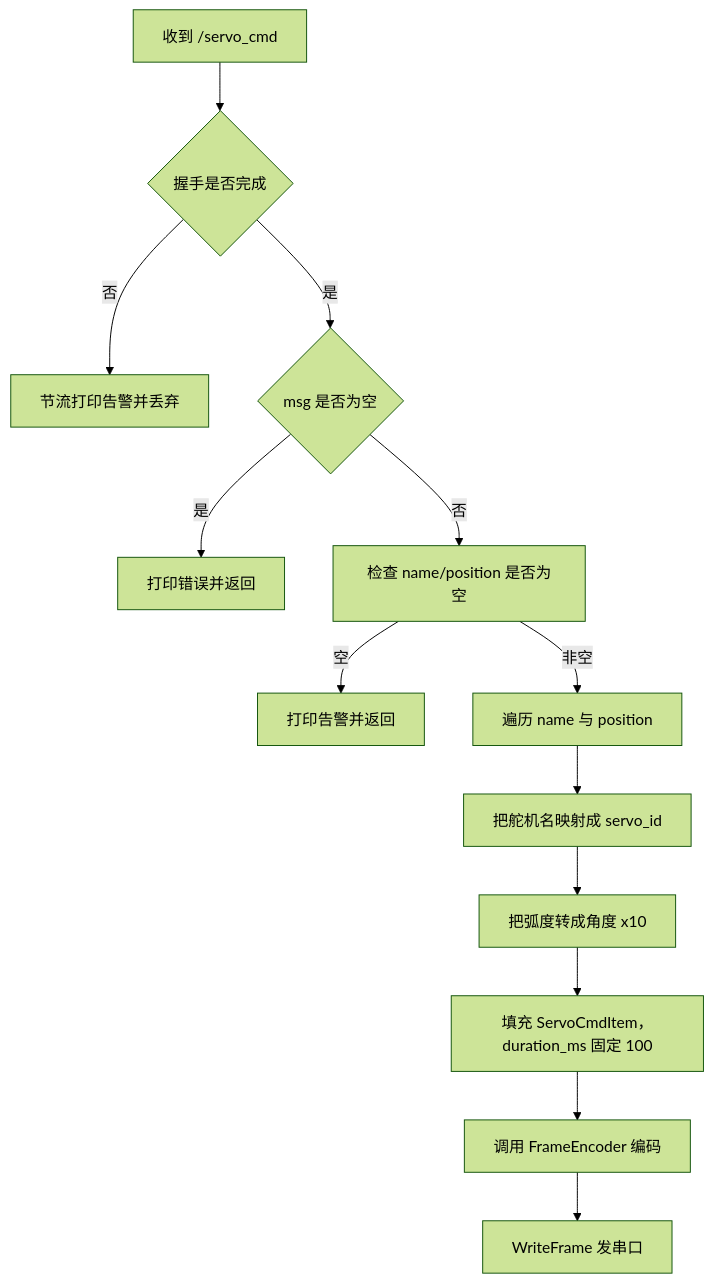
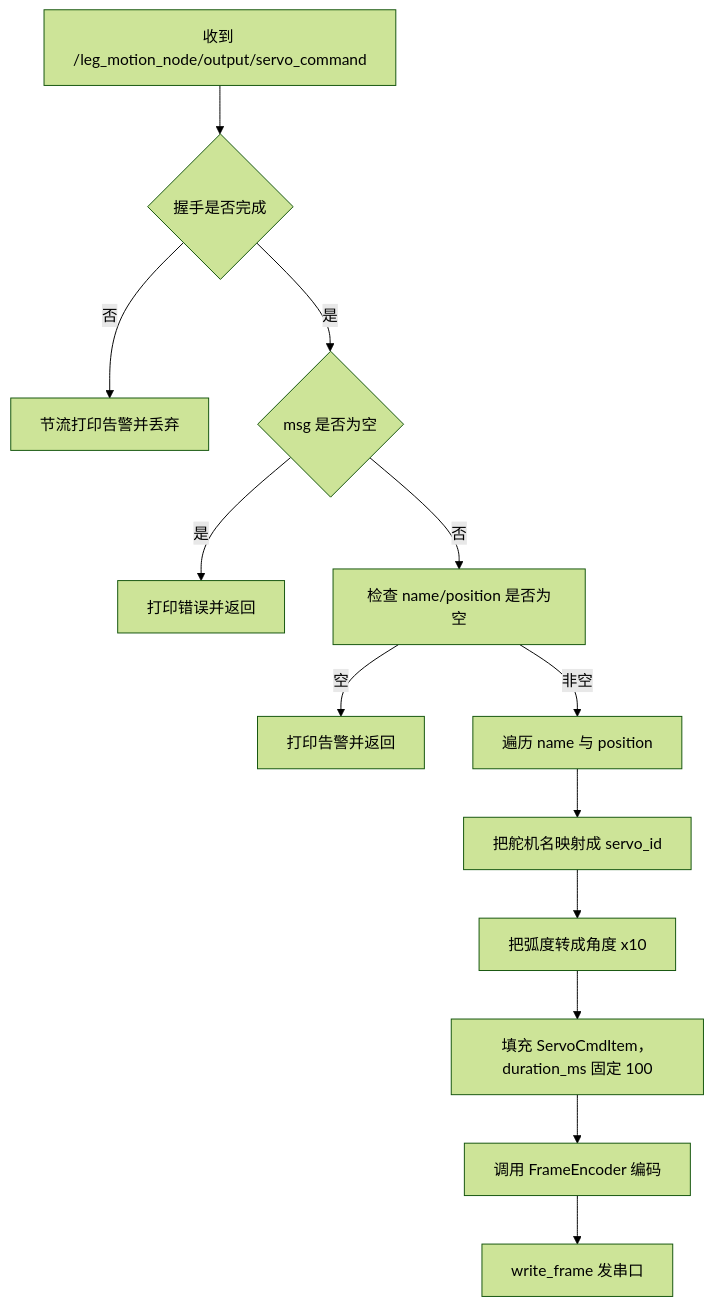
The third of 6 diagrams in docs/uart_bridge/uart_bridge-node-code.md (PT233/dog_dev), drawn with Mermaid (forest theme) before and after one commit. The commit also changed other lines of this file and 322 other files, not shown here.

````diff
--- a/docs/uart_bridge/uart_bridge-node-code.md
+++ b/docs/uart_bridge/uart_bridge-node-code.md
@@ -353,15 +353,15 @@
 ```mermaid
 flowchart TD
-  A[收到 /servo_cmd] --> B{握手是否完成}
+  A[收到 /leg_motion_node/output/servo_command] --> B{握手是否完成}
   B -->|否| C[节流打印告警并丢弃]
   B -->|是| D{msg 是否为空}
   D -->|是| E[打印错误并返回]
   D -->|否| F[检查 name/position 是否为空]
   F -->|空| G[打印告警并返回]
   F -->|非空| H[遍历 name 与 position]
   H --> I[把舵机名映射成 servo_id]
   I --> J[把弧度转成角度 x10]
   J --> K[填充 ServoCmdItem，duration_ms 固定 100]
   K --> L[调用 FrameEncoder 编码]
-  L --> M[WriteFrame 发串口]
+  L --> M[write_frame 发串口]
 ```
````
